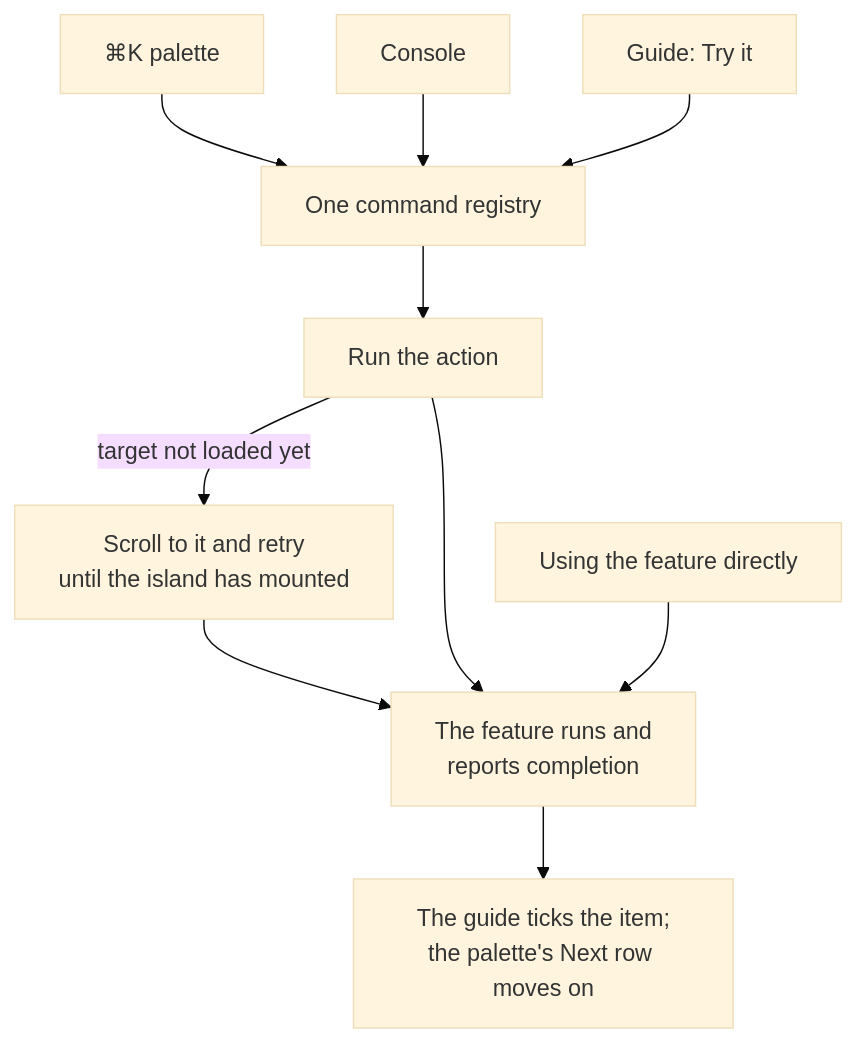
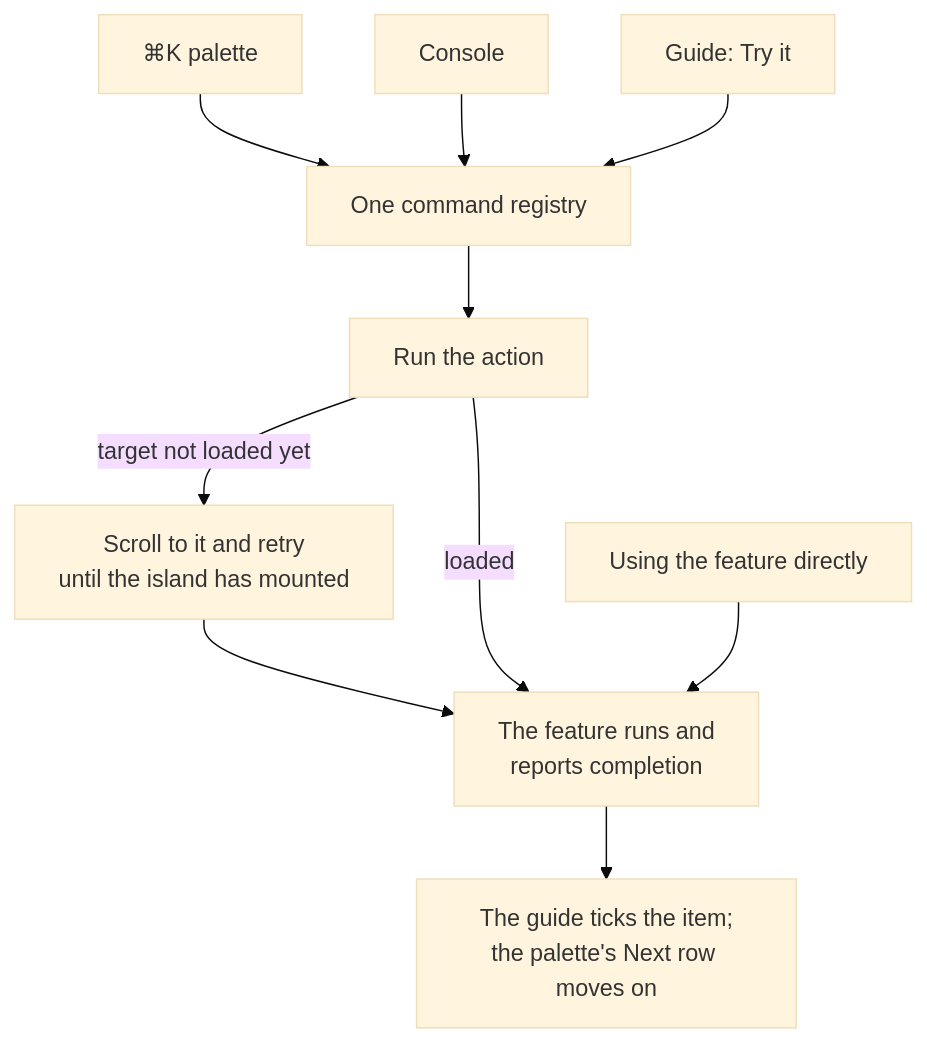
The second of 2 diagrams in README.md (darshanrk18/darshan-eportfolio), drawn with Mermaid (base theme) before and after one commit. The commit also changed other lines of this file and 8 other files, not shown here.

````diff
--- a/README.md
+++ b/README.md
@@ -201,12 +209,12 @@
 ```mermaid
 flowchart TD
   palette["⌘K palette"] --> registry
   console["Console"] --> registry
   guide["Guide: Try it"] --> registry
   registry["One command registry"] --> action["Run the action"]
   action -- "target not loaded yet" --> wait["Scroll to it and retry<br/>until the island has mounted"]
   wait --> feature
-  action --> feature["The feature runs and<br/>reports completion"]
+  action -- "loaded" --> feature["The feature runs and<br/>reports completion"]
   direct["Using the feature directly"] --> feature
   feature --> tick["The guide ticks the item;<br/>the palette's Next row moves on"]
 ```
````
